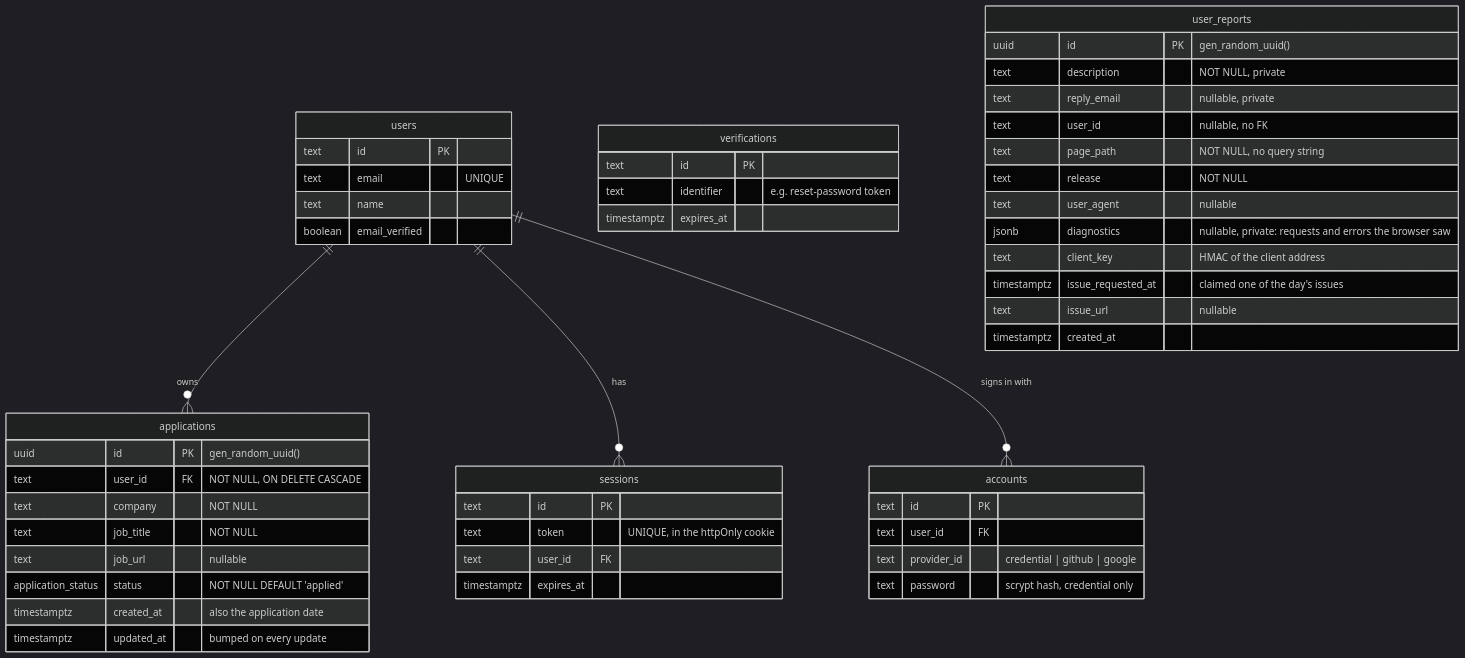
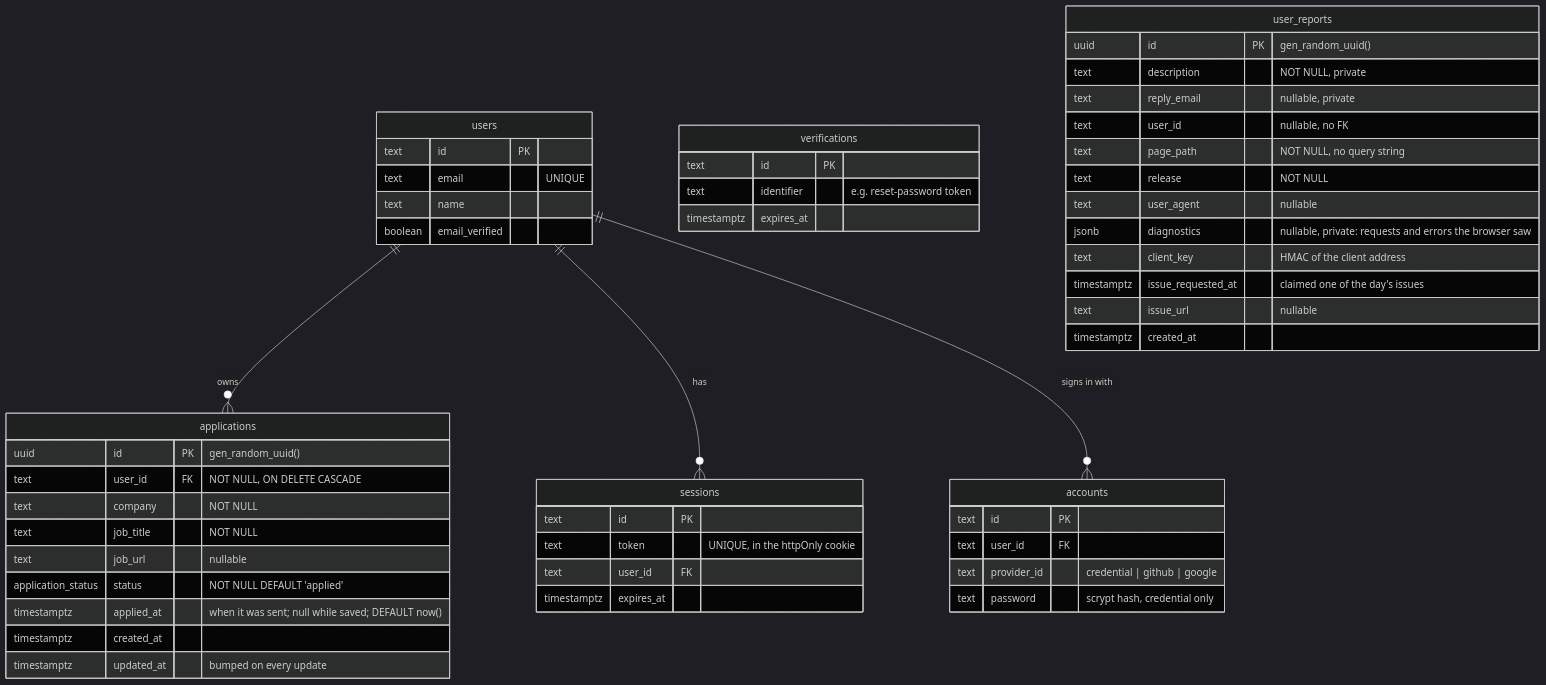
Before and after one commit to brianpatterson/roundtable: the third of 8 diagrams in docs/architecture.md, drawn with Mermaid (dark theme). The commit also changed other lines of this file and 13 other files, not shown here.

First line of the commit message:
feat(applications): applied date, readable saved status, screening folded into interviewing

````diff
--- a/docs/architecture.md
+++ b/docs/architecture.md
@@ -181,53 +181,54 @@
 ```mermaid
 erDiagram
   users ||--o{ applications : owns
   users ||--o{ sessions : has
   users ||--o{ accounts : "signs in with"
   users {
     text id PK
     text email "UNIQUE"
     text name
     boolean email_verified
   }
   sessions {
     text id PK
     text token "UNIQUE, in the httpOnly cookie"
     text user_id FK
     timestamptz expires_at
   }
   accounts {
     text id PK
     text user_id FK
     text provider_id "credential | github | google"
     text password "scrypt hash, credential only"
   }
   verifications {
     text id PK
     text identifier "e.g. reset-password token"
     timestamptz expires_at
   }
   applications {
     uuid id PK "gen_random_uuid()"
     text user_id FK "NOT NULL, ON DELETE CASCADE"
     text company "NOT NULL"
     text job_title "NOT NULL"
     text job_url "nullable"
     application_status status "NOT NULL DEFAULT 'applied'"
-    timestamptz created_at "also the application date"
+    timestamptz applied_at "when it was sent; null while saved; DEFAULT now()"
+    timestamptz created_at
     timestamptz updated_at "bumped on every update"
   }
   user_reports {
     uuid id PK "gen_random_uuid()"
     text description "NOT NULL, private"
     text reply_email "nullable, private"
     text user_id "nullable, no FK"
     text page_path "NOT NULL, no query string"
     text release "NOT NULL"
     text user_agent "nullable"
     jsonb diagnostics "nullable, private: requests and errors the browser saw"
     text client_key "HMAC of the client address"
     timestamptz issue_requested_at "claimed one of the day's issues"
     text issue_url "nullable"
     timestamptz created_at
   }
 ```
````
